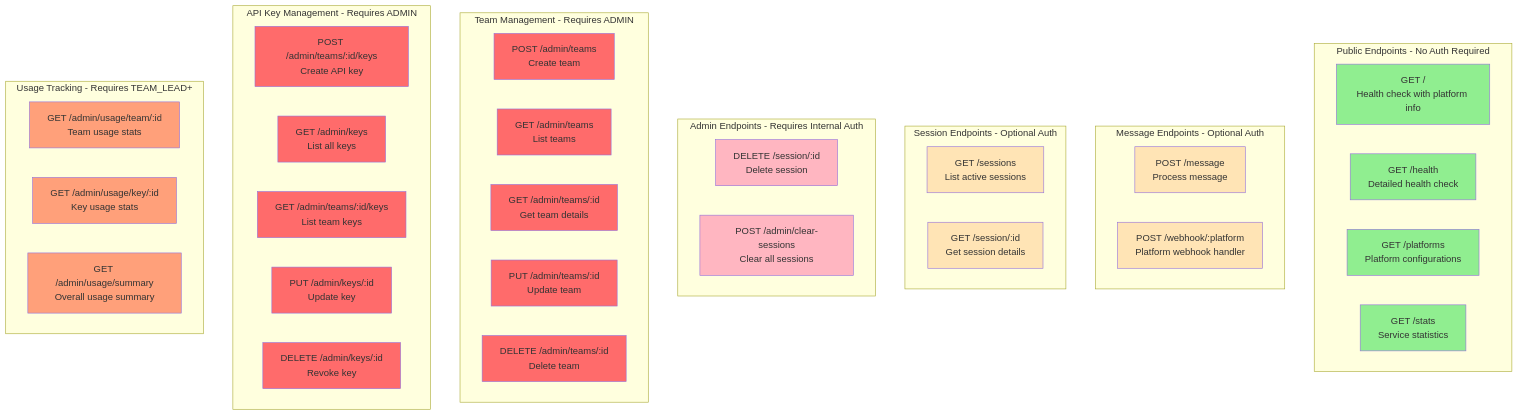
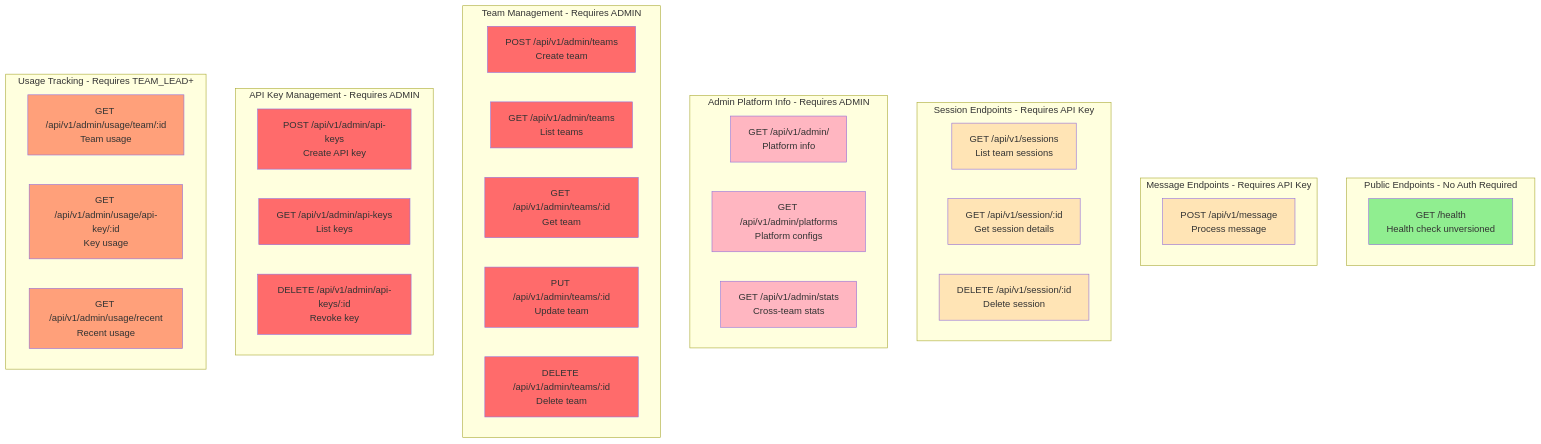
The fifth of 20 diagrams in ARCHITECTURE.md (NeoHosseinism/Arash-Bot), drawn with Mermaid before and after one commit. The commit also changed other lines of this file and 4 other files, not shown here.

````diff
--- a/ARCHITECTURE.md
+++ b/ARCHITECTURE.md
@@ -297,70 +303,62 @@
 ```mermaid
 graph TB
     subgraph "Public Endpoints - No Auth Required"
-        E1[GET /<br/>Health check with platform info]
-        E2[GET /health<br/>Detailed health check]
-        E3[GET /platforms<br/>Platform configurations]
-        E4[GET /stats<br/>Service statistics]
+        E1[GET /health<br/>Health check unversioned]
     end
 
-    subgraph "Message Endpoints - Optional Auth"
-        E5[POST /message<br/>Process message]
-        E6[POST /webhook/:platform<br/>Platform webhook handler]
+    subgraph "Message Endpoints - Requires API Key"
+        E5[POST /api/v1/message<br/>Process message]
     end
 
-    subgraph "Session Endpoints - Optional Auth"
-        E7[GET /sessions<br/>List active sessions]
-        E8[GET /session/:id<br/>Get session details]
+    subgraph "Session Endpoints - Requires API Key"
+        E7[GET /api/v1/sessions<br/>List team sessions]
+        E8[GET /api/v1/session/:id<br/>Get session details]
+        E9[DELETE /api/v1/session/:id<br/>Delete session]
     end
 
-    subgraph "Admin Endpoints - Requires Internal Auth"
-        E9[DELETE /session/:id<br/>Delete session]
-        E10[POST /admin/clear-sessions<br/>Clear all sessions]
+    subgraph "Admin Platform Info - Requires ADMIN"
+        E10[GET /api/v1/admin/<br/>Platform info]
+        E11[GET /api/v1/admin/platforms<br/>Platform configs]
+        E12[GET /api/v1/admin/stats<br/>Cross-team stats]
     end
 
     subgraph "Team Management - Requires ADMIN"
-        E11[POST /admin/teams<br/>Create team]
-        E12[GET /admin/teams<br/>List teams]
-        E13[GET /admin/teams/:id<br/>Get team details]
-        E14[PUT /admin/teams/:id<br/>Update team]
-        E15[DELETE /admin/teams/:id<br/>Delete team]
+        E13[POST /api/v1/admin/teams<br/>Create team]
+        E14[GET /api/v1/admin/teams<br/>List teams]
+        E15[GET /api/v1/admin/teams/:id<br/>Get team]
+        E16[PUT /api/v1/admin/teams/:id<br/>Update team]
+        E17[DELETE /api/v1/admin/teams/:id<br/>Delete team]
     end
 
     subgraph "API Key Management - Requires ADMIN"
-        E16[POST /admin/teams/:id/keys<br/>Create API key]
-        E17[GET /admin/keys<br/>List all keys]
-        E18[GET /admin/teams/:id/keys<br/>List team keys]
-        E19[PUT /admin/keys/:id<br/>Update key]
-        E20[DELETE /admin/keys/:id<br/>Revoke key]
+        E18[POST /api/v1/admin/api-keys<br/>Create API key]
+        E19[GET /api/v1/admin/api-keys<br/>List keys]
+        E20[DELETE /api/v1/admin/api-keys/:id<br/>Revoke key]
     end
 
     subgraph "Usage Tracking - Requires TEAM_LEAD+"
-        E21[GET /admin/usage/team/:id<br/>Team usage stats]
-        E22[GET /admin/usage/key/:id<br/>Key usage stats]
-        E23[GET /admin/usage/summary<br/>Overall usage summary]
+        E21[GET /api/v1/admin/usage/team/:id<br/>Team usage]
+        E22[GET /api/v1/admin/usage/api-key/:id<br/>Key usage]
+        E23[GET /api/v1/admin/usage/recent<br/>Recent usage]
     end
 
     style E1 fill:#90EE90
-    style E2 fill:#90EE90
-    style E3 fill:#90EE90
-    style E4 fill:#90EE90
     style E5 fill:#FFE4B5
-    style E6 fill:#FFE4B5
     style E7 fill:#FFE4B5
     style E8 fill:#FFE4B5
-    style E9 fill:#FFB6C1
+    style E9 fill:#FFE4B5
     style E10 fill:#FFB6C1
-    style E11 fill:#FF6B6B
-    style E12 fill:#FF6B6B
+    style E11 fill:#FFB6C1
+    style E12 fill:#FFB6C1
     style E13 fill:#FF6B6B
     style E14 fill:#FF6B6B
     style E15 fill:#FF6B6B
     style E16 fill:#FF6B6B
     style E17 fill:#FF6B6B
     style E18 fill:#FF6B6B
     style E19 fill:#FF6B6B
     style E20 fill:#FF6B6B
     style E21 fill:#FFA07A
     style E22 fill:#FFA07A
     style E23 fill:#FFA07A
 ```
````
